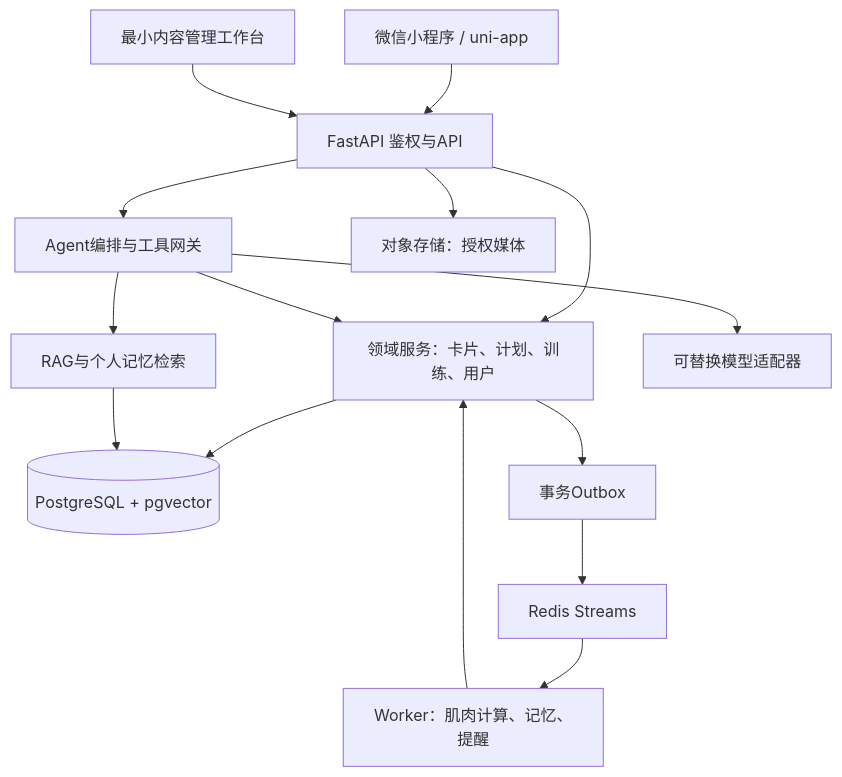
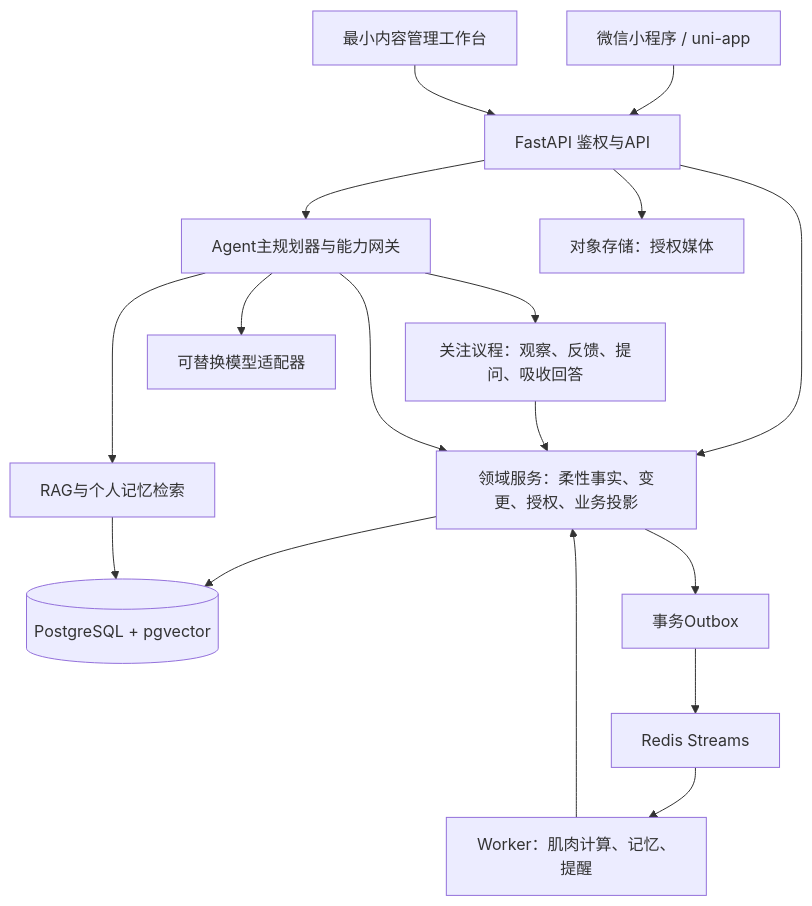
The diagram in docs/02-项目总体设计.md (mengyu-96/FitMind), drawn with Mermaid before and after one commit. The commit also changed other lines of this file and 24 other files, not shown here.

````diff
--- a/docs/02-项目总体设计.md
+++ b/docs/02-项目总体设计.md
@@ -13,17 +13,19 @@
 ```mermaid
 flowchart TD
   U[微信小程序 / uni-app] --> A[FastAPI 鉴权与API]
   W[最小内容管理工作台] --> A
-  A --> B[领域服务：卡片、计划、训练、用户]
-  A --> G[Agent编排与工具网关]
+  A --> B[领域服务：柔性事实、变更、授权、业务投影]
+  A --> G[Agent主规划器与能力网关]
+  G --> I[关注议程：观察、反馈、提问、吸收回答]
+  I --> B
   G --> B
   G --> R[RAG与个人记忆检索]
   G --> L[可替换模型适配器]
   B --> P[(PostgreSQL + pgvector)]
   R --> P
   B --> O[事务Outbox]
   O --> Q[Redis Streams]
   Q --> J[Worker：肌肉计算、记忆、提醒]
   J --> B
   A --> S[对象存储：授权媒体]
 ```
````
